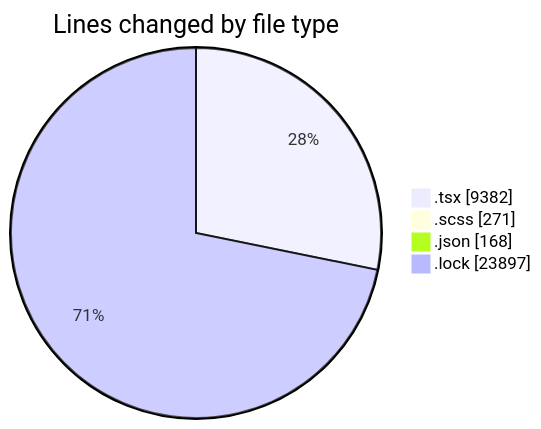
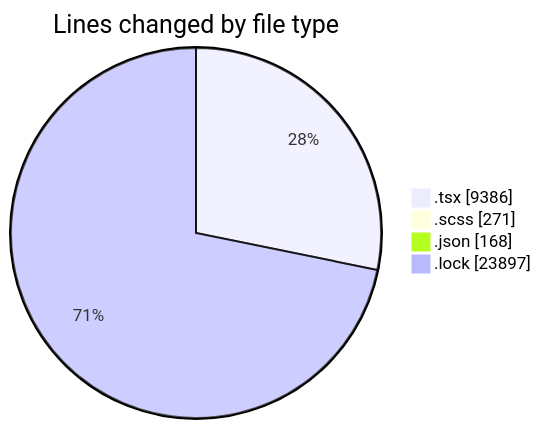
The first of 2 diagrams in 2025-11-18/cda/README.md (momahboobian/code-tracking), drawn with Mermaid before and after one commit. The commit also changed other lines of this file and 1 other file, not shown here.

````diff
--- a/2025-11-18/cda/README.md
+++ b/2025-11-18/cda/README.md
@@ -38,8 +38,8 @@
 ```mermaid
 pie showData
 title Lines changed by file type
-".tsx" : 9382
+".tsx" : 9386
 ".scss" : 271
 ".json" : 168
 ".lock" : 23897
 ```
````
